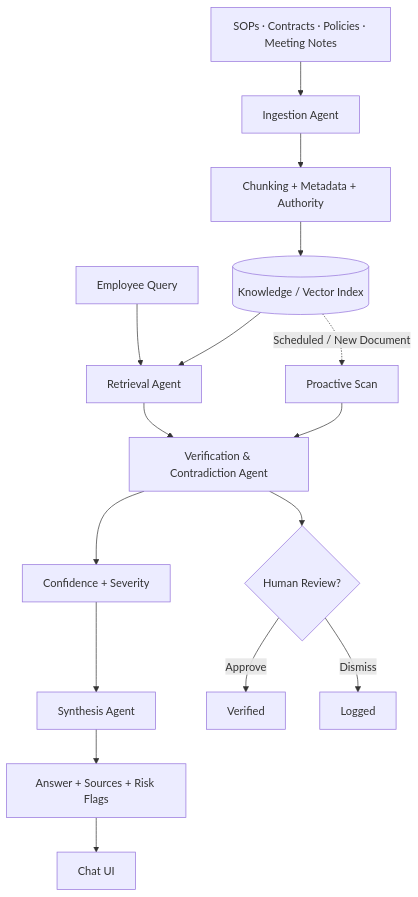
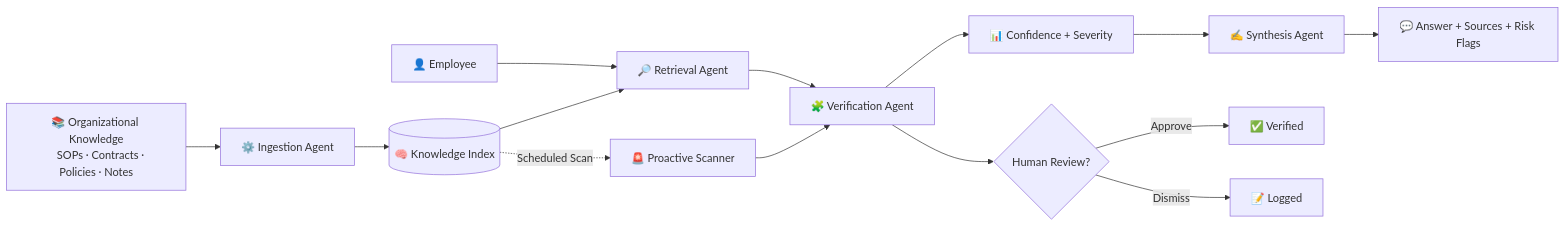
One commit to AatifaRizvi/think9-brain-poc changed the diagram in README.md. Above: the diagram before and after it, drawn with Mermaid. The commit also changed other lines of this file, not shown here.

Commit message:
Improve README with architecture and documentation

````diff
--- a/README.md
+++ b/README.md
@@ -96,26 +97,24 @@
 ```mermaid
-flowchart TD
+flowchart LR
 
-    A["SOPs · Contracts · Policies · Meeting Notes"]
-        --> B["Ingestion Agent"]
+    A["📚 Organizational Knowledge
+    SOPs · Contracts · Policies · Notes"]
+    
+    A --> B["⚙️ Ingestion Agent"]
+    B --> C[("🧠 Knowledge Index")]
 
-    B --> C["Chunking + Metadata + Authority"]
-    C --> D[("Knowledge / Vector Index")]
+    U["👤 Employee"] --> D["🔎 Retrieval Agent"]
+    C --> D
 
-    Q["Employee Query"] --> E["Retrieval Agent"]
-    D --> E
+    D --> E["🧩 Verification Agent"]
+    E --> F["📊 Confidence + Severity"]
+    F --> G["✍️ Synthesis Agent"]
+    G --> H["💬 Answer + Sources + Risk Flags"]
 
-    E --> F["Verification & Contradiction Agent"]
-    F --> G["Confidence + Severity"]
+    C -. "Scheduled Scan" .-> I["🚨 Proactive Scanner"]
+    I --> E
 
-    G --> H["Synthesis Agent"]
-    H --> I["Answer + Sources + Risk Flags"]
-    I --> J["Chat UI"]
-
-    D -. "Scheduled / New Document" .-> K["Proactive Scan"]
-    K --> F
-
-    F --> L{"Human Review?"}
-    L -->|Approve| M["Verified"]
-    L -->|Dismiss| N["Logged"]
+    E --> J{"Human Review?"}
+    J -->|Approve| K["✅ Verified"]
+    J -->|Dismiss| L["📝 Logged"]
 ```
````
